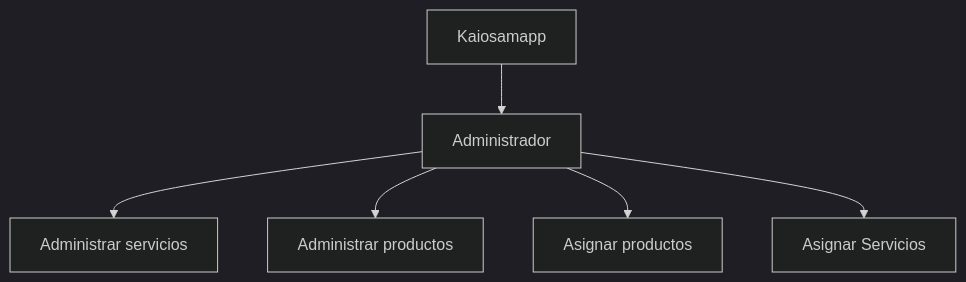
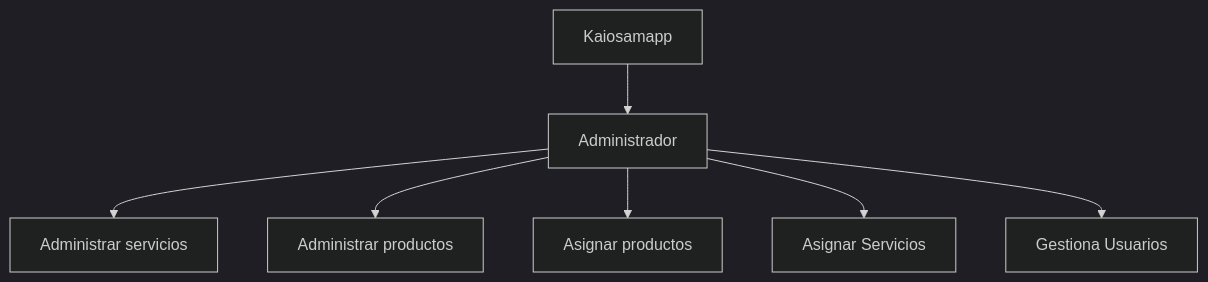
The diagram in README.md (DLeonardoG/Kaiosamapp), drawn with Mermaid (dark theme) before and after one commit.

````diff
--- a/README.md
+++ b/README.md
@@ -42,8 +42,9 @@
 ```mermaid
 graph TD
     A[Kaiosamapp] --> B[Administrador]
     B --> D[Administrar servicios]
     B --> E[Administrar productos]
     B --> F[Asignar productos]
     B --> G[Asignar Servicios]
+    B --> H[Gestiona Usuarios]
 ```
````
